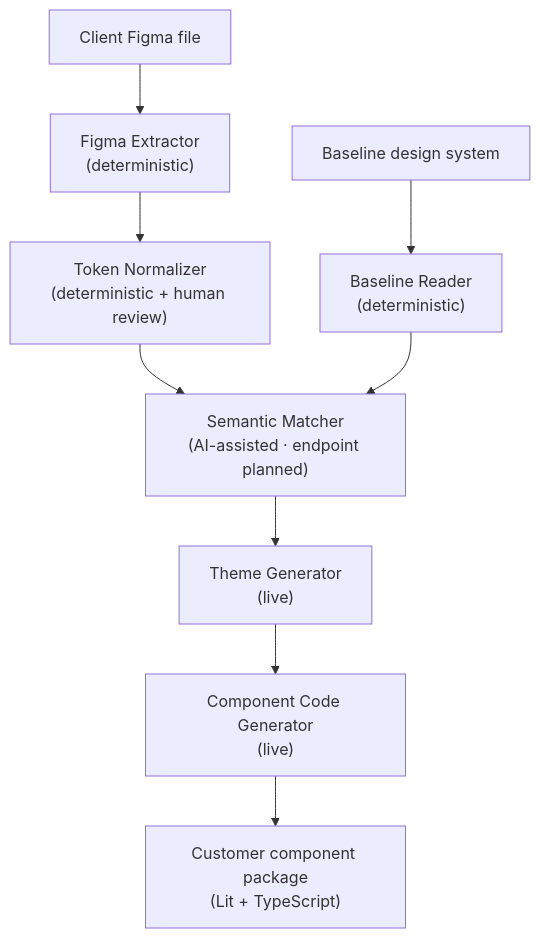
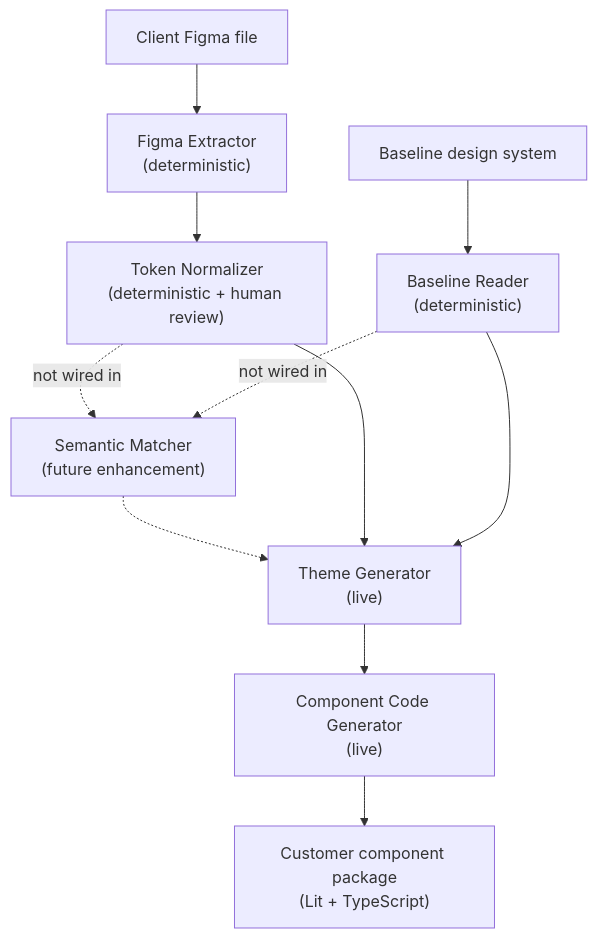
One commit to UDG-Dirk/agentos-docker-template changed the diagram in README.md. Above: the diagram before and after it, drawn with Mermaid. The commit also changed other lines of this file, not shown here.

````diff
--- a/README.md
+++ b/README.md
@@ -77,11 +77,13 @@
 ```mermaid
 flowchart TD
     F["Client Figma file"] --> EX["Figma Extractor<br/>(deterministic)"]
     EX --> TN["Token Normalizer<br/>(deterministic + human review)"]
     B["Baseline design system"] --> BR["Baseline Reader<br/>(deterministic)"]
-    TN --> SM["Semantic Matcher<br/>(AI-assisted · endpoint planned)"]
-    BR --> SM
-    SM --> TG["Theme Generator<br/>(live)"]
+    TN -.->|"not wired in"| SM["Semantic Matcher<br/>(future enhancement)"]
+    BR -.->|"not wired in"| SM
+    SM -.-> TG["Theme Generator<br/>(live)"]
+    TN --> TG
+    BR --> TG
     TG --> CCG["Component Code Generator<br/>(live)"]
     CCG --> OUT["Customer component package<br/>(Lit + TypeScript)"]
 ```
````
